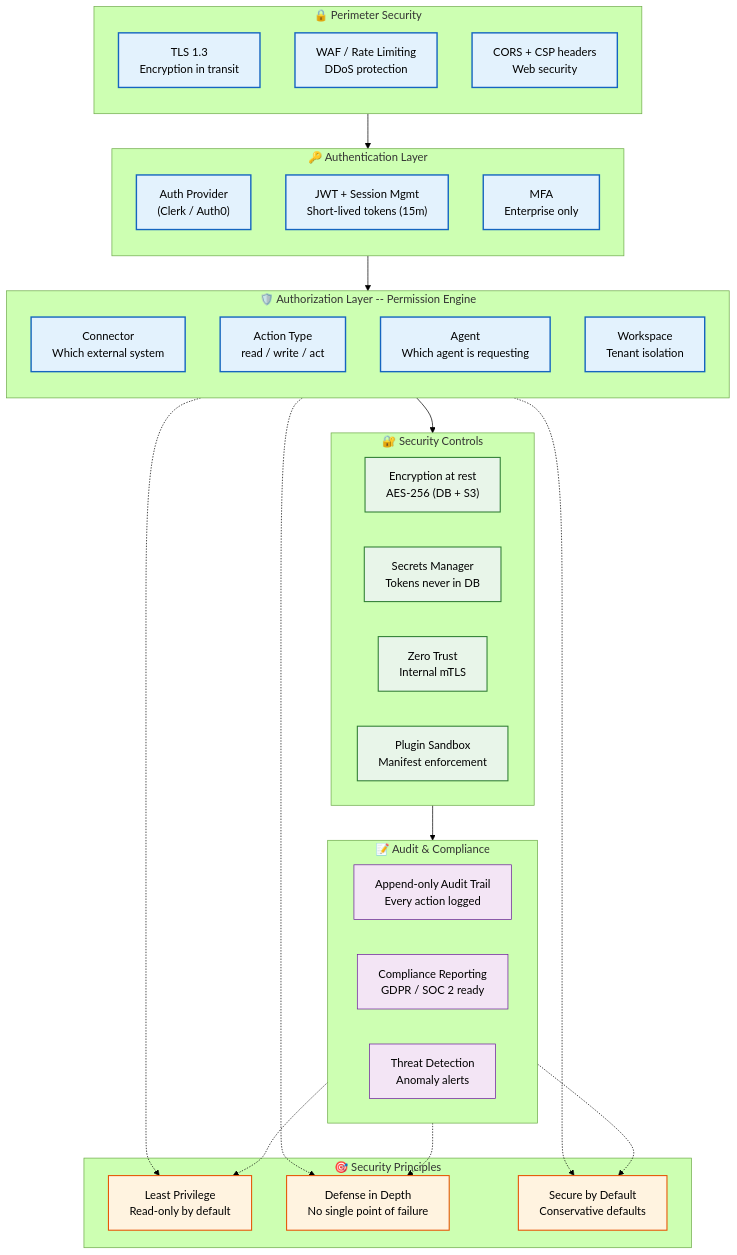
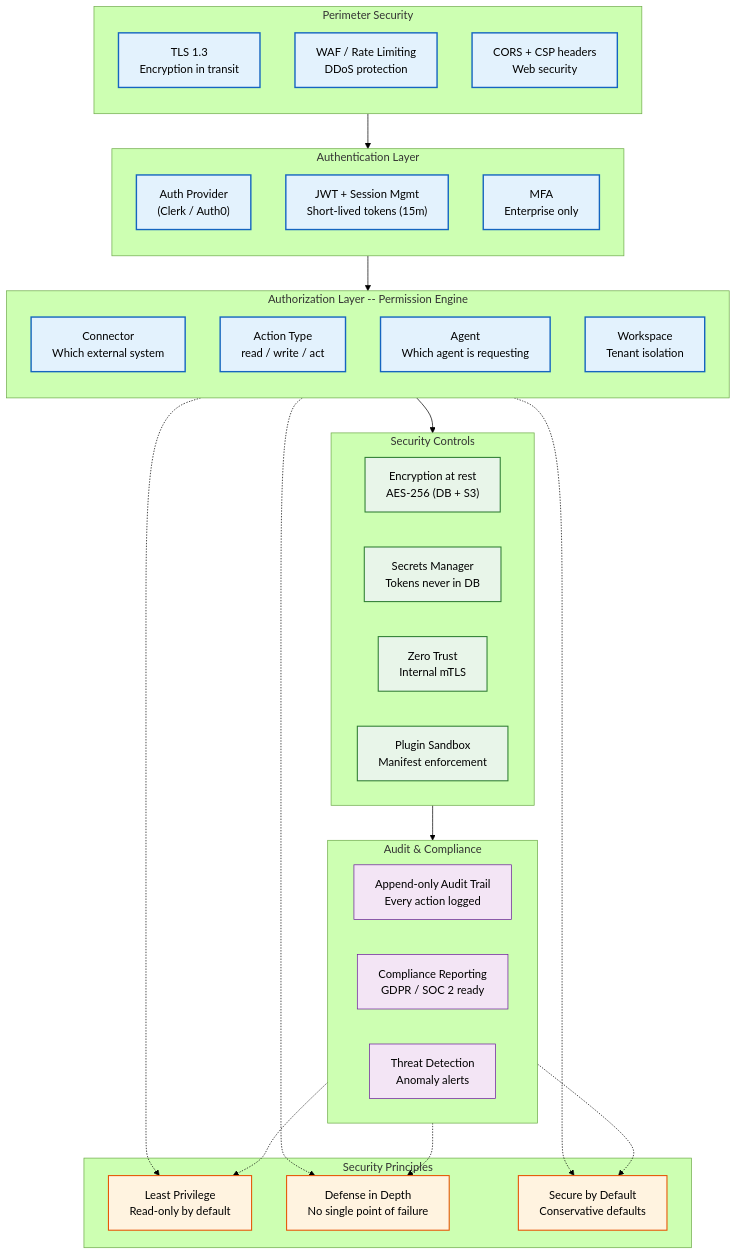
The first of 2 diagrams in docs/security/Security-Architecture.md (Driftloom/Vaeloom), drawn with Mermaid (forest theme) before and after one commit. The commit also changed other lines of this file and 694 other files, not shown here.

First line of the commit message:
docs: mermaid standardization — encoding/mermaid/duplicate cleanup

````diff
--- a/docs/security/Security-Architecture.md
+++ b/docs/security/Security-Architecture.md
@@ -10,60 +10,60 @@
 ```mermaid
 graph TD
-    classDef layer fill:#e3f2fd,stroke:#1565c0,color:#000,stroke-width:2px
-    classDef control fill:#e8f5e9,stroke:#2e7d32,color:#000,stroke-width:1.5px
-    classDef principle fill:#fff3e0,stroke:#e65100,color:#000,stroke-width:1.5px
-    classDef audit fill:#f3e5f5,stroke:#6a1b9a,color:#000,stroke-width:1px
+ classDef layer fill:#e3f2fd,stroke:#1565c0,color:#000,stroke-width:2px
+ classDef control fill:#e8f5e9,stroke:#2e7d32,color:#000,stroke-width:1.5px
+ classDef principle fill:#fff3e0,stroke:#e65100,color:#000,stroke-width:1.5px
+ classDef audit fill:#f3e5f5,stroke:#6a1b9a,color:#000,stroke-width:1px
 
-    subgraph Perimeter["🔒 Perimeter Security"]
-        direction TB
-        P1["TLS 1.3<br/>Encryption in transit"]
-        P2["WAF / Rate Limiting<br/>DDoS protection"]
-        P3["CORS + CSP headers<br/>Web security"]
-    end
+ subgraph Perimeter["Perimeter Security"]
+ direction TB
+ P1["TLS 1.3<br/>Encryption in transit"]
+ P2["WAF / Rate Limiting<br/>DDoS protection"]
+ P3["CORS + CSP headers<br/>Web security"]
+ end
 
-    subgraph AuthN["🔑 Authentication Layer"]
-        direction TB
-        A1["Auth Provider<br/>(Clerk / Auth0)"]
-        A2["JWT + Session Mgmt<br/>Short-lived tokens (15m)"]
-        A3["MFA<br/>Enterprise only"]
-    end
+ subgraph AuthN["Authentication Layer"]
+ direction TB
+ A1["Auth Provider<br/>(Clerk / Auth0)"]
+ A2["JWT + Session Mgmt<br/>Short-lived tokens (15m)"]
+ A3["MFA<br/>Enterprise only"]
+ end
 
-    subgraph AuthZ["🛡️ Authorization Layer -- Permission Engine"]
-        direction TB
-        Z1["Connector<br/>Which external system"]
-        Z2["Action Type<br/>read / write / act"]
-        Z3["Agent<br/>Which agent is requesting"]
-        Z4["Workspace<br/>Tenant isolation"]
-    end
+ subgraph AuthZ["Authorization Layer -- Permission Engine"]
+ direction TB
+ Z1["Connector<br/>Which external system"]
+ Z2["Action Type<br/>read / write / act"]
+ Z3["Agent<br/>Which agent is requesting"]
+ Z4["Workspace<br/>Tenant isolation"]
+ end
 
-    subgraph Controls["🔐 Security Controls"]
-        C1["Encryption at rest<br/>AES-256 (DB + S3)"]
-        C2["Secrets Manager<br/>Tokens never in DB"]
-        C3["Zero Trust<br/>Internal mTLS"]
-        C4["Plugin Sandbox<br/>Manifest enforcement"]
-    end
+ subgraph Controls["Security Controls"]
+ C1["Encryption at rest<br/>AES-256 (DB + S3)"]
+ C2["Secrets Manager<br/>Tokens never in DB"]
+ C3["Zero Trust<br/>Internal mTLS"]
+ C4["Plugin Sandbox<br/>Manifest enforcement"]
+ end
 
-    subgraph Audit["📝 Audit & Compliance"]
-        D1["Append-only Audit Trail<br/>Every action logged"]
-        D2["Compliance Reporting<br/>GDPR / SOC 2 ready"]
-        D3["Threat Detection<br/>Anomaly alerts"]
-    end
+ subgraph Audit["Audit & Compliance"]
+ D1["Append-only Audit Trail<br/>Every action logged"]
+ D2["Compliance Reporting<br/>GDPR / SOC 2 ready"]
+ D3["Threat Detection<br/>Anomaly alerts"]
+ end
 
-    subgraph Principles["🎯 Security Principles"]
-        R1["Least Privilege<br/>Read-only by default"]
-        R2["Defense in Depth<br/>No single point of failure"]
-        R3["Secure by Default<br/>Conservative defaults"]
-    end
+ subgraph Principles["Security Principles"]
+ R1["Least Privilege<br/>Read-only by default"]
+ R2["Defense in Depth<br/>No single point of failure"]
+ R3["Secure by Default<br/>Conservative defaults"]
+ end
 
-    Perimeter --> AuthN --> AuthZ --> Controls --> Audit
-    AuthZ -.-> R1 & R2 & R3
-    Audit -.-> R1 & R2 & R3
+ Perimeter--> AuthN--> AuthZ--> Controls--> Audit
+ AuthZ -.-> R1 & R2 & R3
+ Audit -.-> R1 & R2 & R3
 
-    class P1,P2,P3 layer
-    class A1,A2,A3 layer
-    class Z1,Z2,Z3,Z4 layer
-    class C1,C2,C3,C4 control
-    class D1,D2,D3 audit
-    class R1,R2,R3 principle
+ class P1,P2,P3 layer
+ class A1,A2,A3 layer
+ class Z1,Z2,Z3,Z4 layer
+ class C1,C2,C3,C4 control
+ class D1,D2,D3 audit
+ class R1,R2,R3 principle
 
 ```
````
